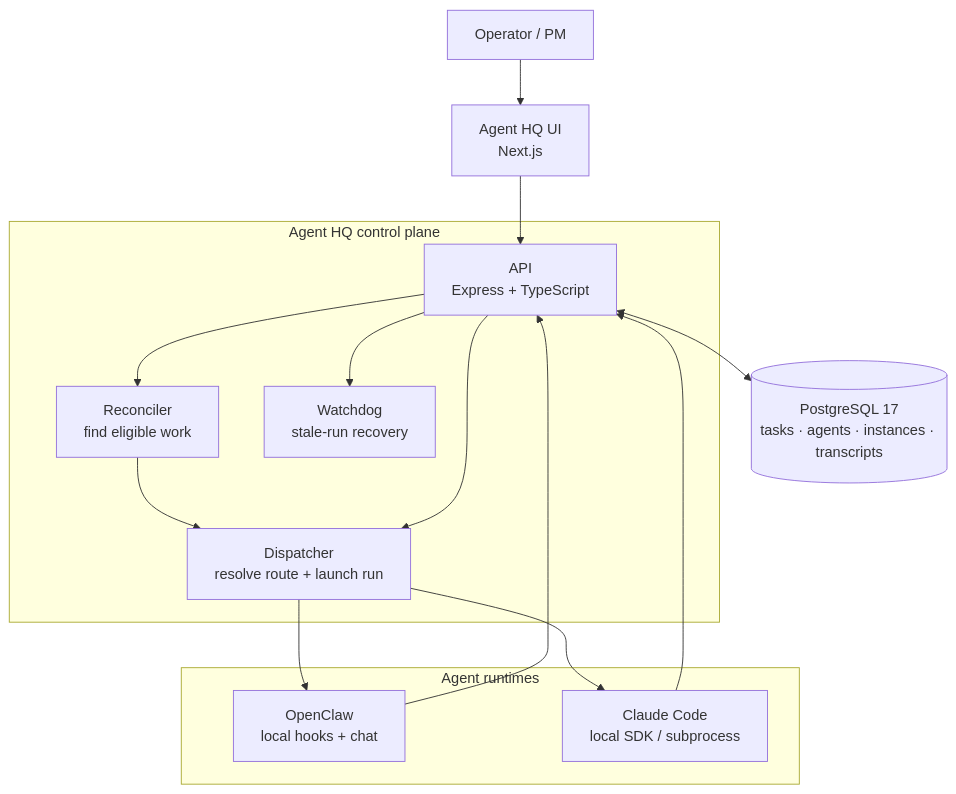
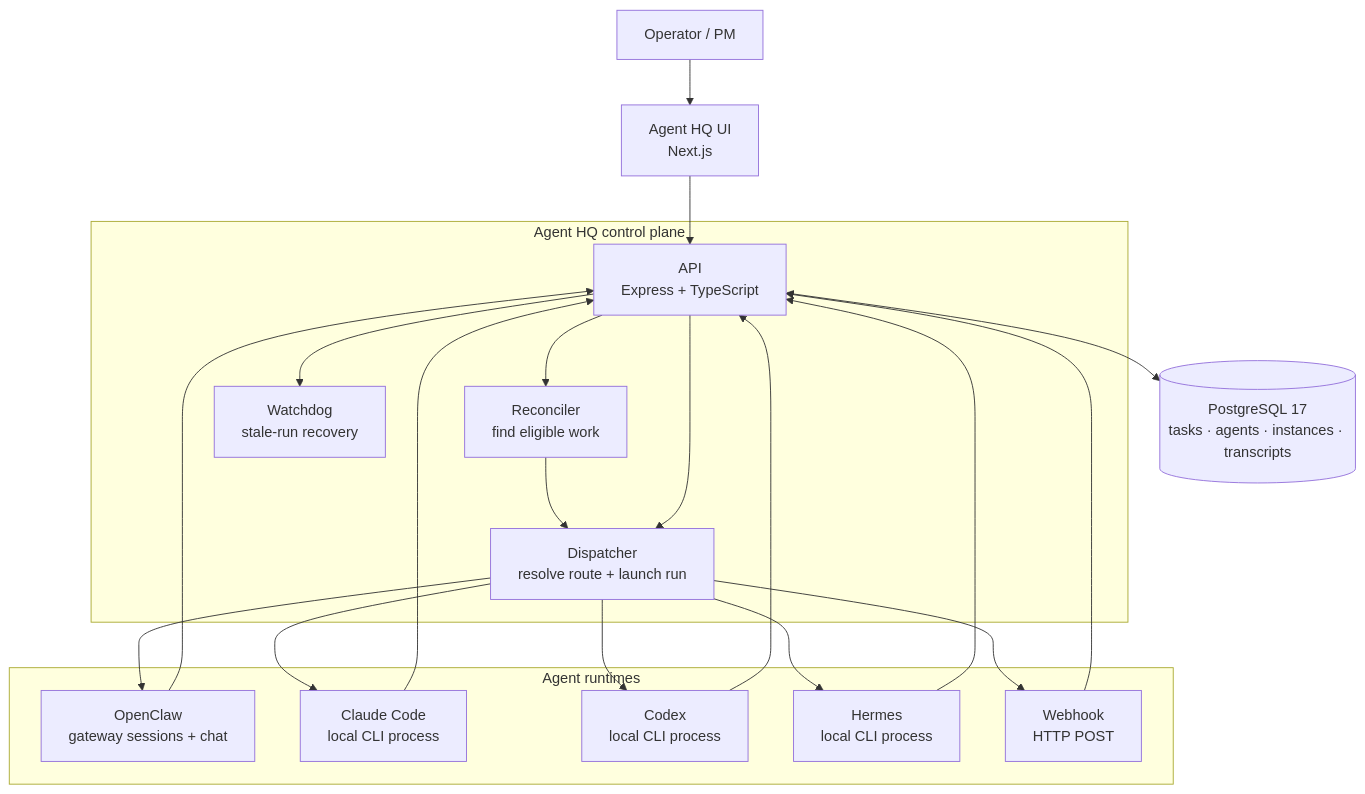
Before and after one commit to nordinit/agent-hq: the first of 2 diagrams in docs/ARCHITECTURE_OVERVIEW.md, drawn with Mermaid. The commit also changed other lines of this file and 1 other file, not shown here.

Commit message:
Make the infrastructure and architecture docs accurate for any install
INFRASTRUCTURE.md described one maintainer's machine, its dev ports and
its deploy process, and said pushing to main deploys; CI builds and
tests only. It listed a /api/v1/jobs route that does not exist, omitted
Codex and Hermes, and gave wrong numbers: the reconciler runs every ~12s,
not 60s; the watchdog's defaults are a 5 minute start grace and a 10
minute heartbeat; model routing wins over the agent's model, with default
buckets of 2, 5 and 13 points. The eligibility pass no longer promotes or
advances tasks, and system_policies has no reader. OpenClaw dispatch uses
the gateway WebSocket, not POST /hooks/agent.

The document now covers default ports and bind addresses, the background
loops, key paths, the route files that exist, and CI and image releases,
without host-specific details.

ARCHITECTURE_OVERVIEW.md linked ../INFRASTRUCTURE.md, which does not
exist, and listed only OpenClaw and Claude Code. It now lists all five
runtimes and says how to connect one that is not built in.

````diff
--- a/docs/ARCHITECTURE_OVERVIEW.md
+++ b/docs/ARCHITECTURE_OVERVIEW.md
@@ -7,31 +7,40 @@
 ```mermaid
 flowchart TB
     Human["Operator / PM"]
     UI["Agent HQ UI<br/>Next.js"]
 
     subgraph Control["Agent HQ control plane"]
       API["API<br/>Express + TypeScript"]
       Reconciler["Reconciler<br/>find eligible work"]
       Dispatcher["Dispatcher<br/>resolve route + launch run"]
       Watchdog["Watchdog<br/>stale-run recovery"]
     end
 
     DB[("PostgreSQL 17<br/>tasks · agents · instances · transcripts")]
 
     subgraph Runtimes["Agent runtimes"]
-      OpenClaw["OpenClaw<br/>local hooks + chat"]
-      Claude["Claude Code<br/>local SDK / subprocess"]
+      OpenClaw["OpenClaw<br/>gateway sessions + chat"]
+      Claude["Claude Code<br/>local CLI process"]
+      Codex["Codex<br/>local CLI process"]
+      Hermes["Hermes<br/>local CLI process"]
+      Webhook["Webhook<br/>HTTP POST"]
     end
 
     Human --> UI
     UI --> API
     API <--> DB
     API --> Reconciler
     Reconciler --> Dispatcher
     API --> Dispatcher
     API --> Watchdog
     Dispatcher --> OpenClaw
     Dispatcher --> Claude
+    Dispatcher --> Codex
+    Dispatcher --> Hermes
+    Dispatcher --> Webhook
     OpenClaw --> API
     Claude --> API
+    Codex --> API
+    Hermes --> API
+    Webhook --> API
 ```
````
